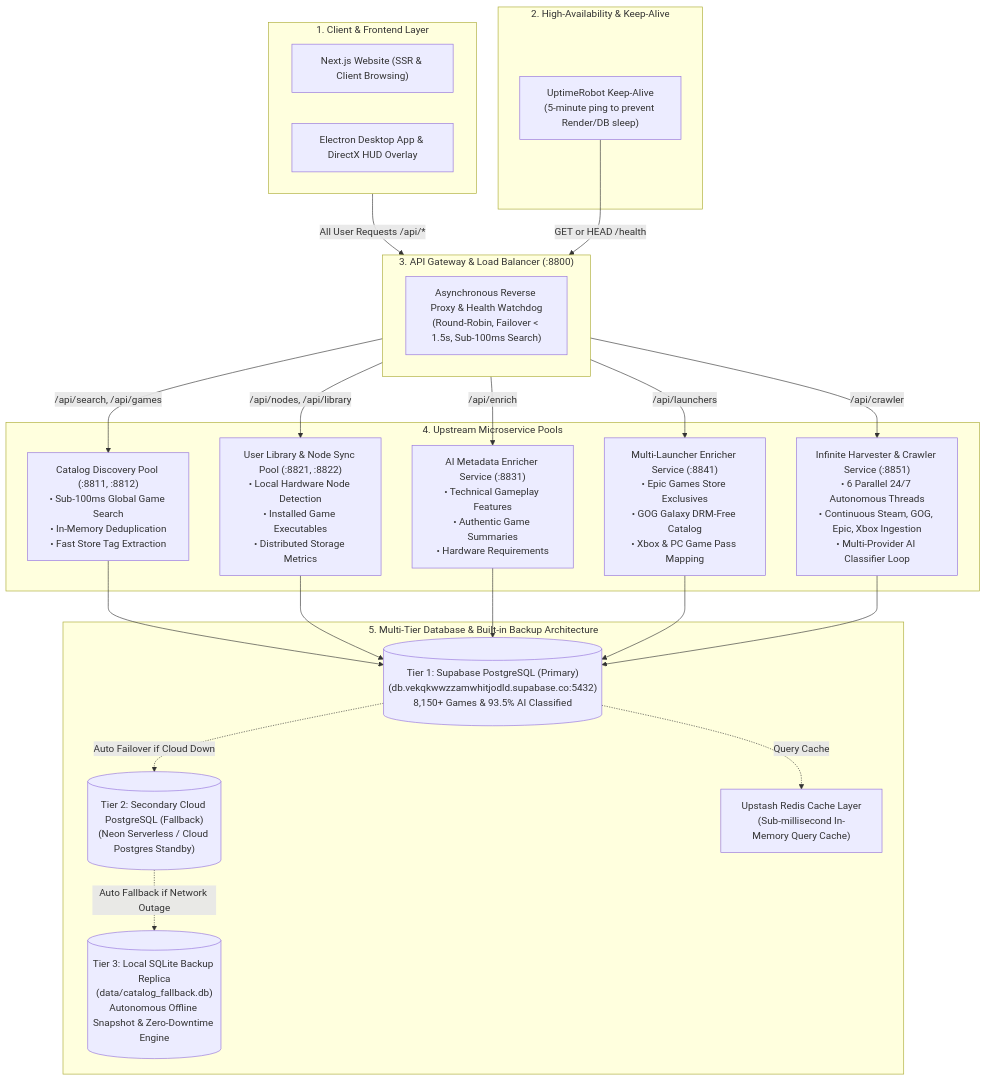
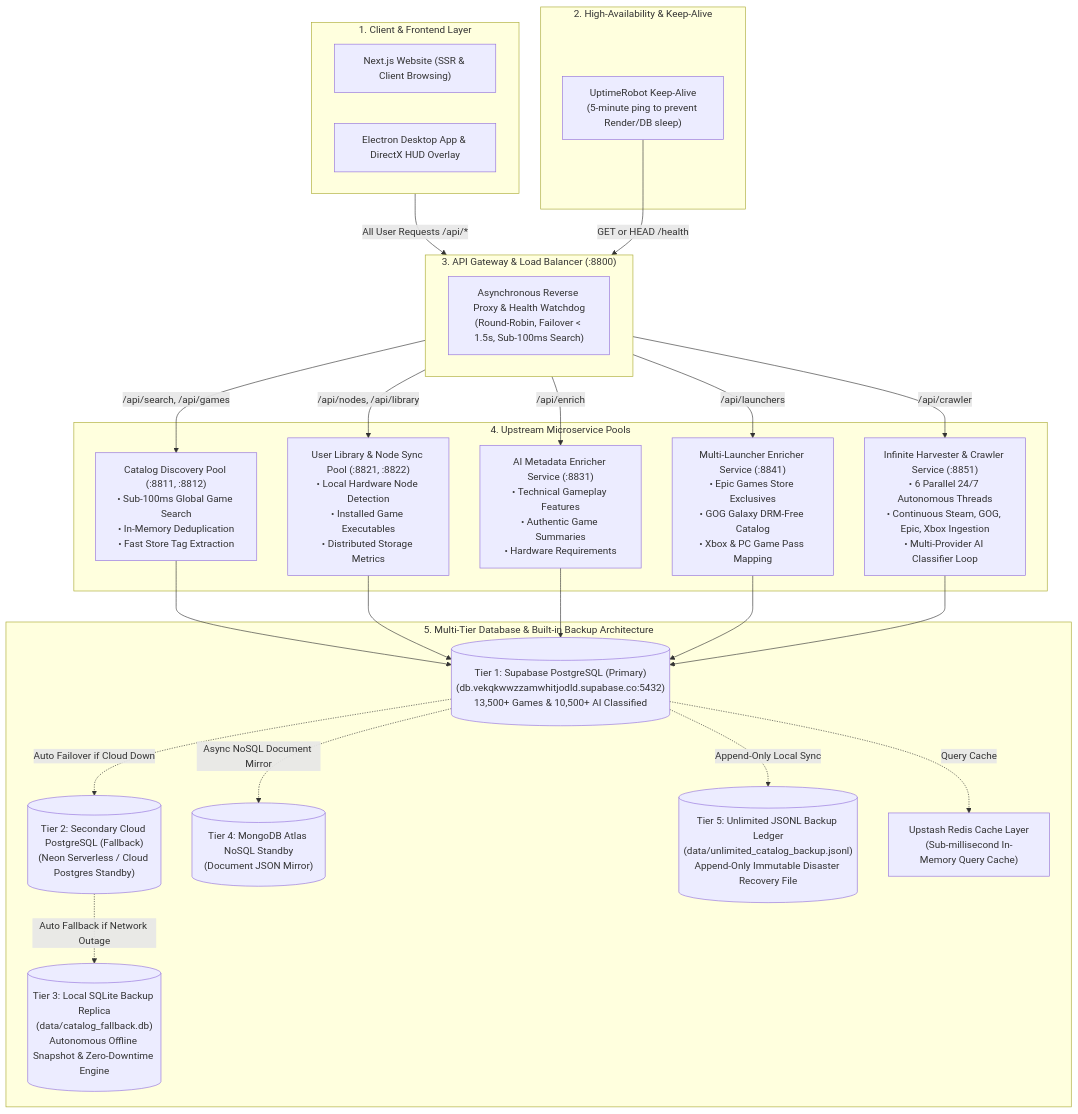
The diagram in Gaming/docs/ARCHITECTURE_AND_FIXES.md (arnab825/Mission-Control), drawn with Mermaid before and after one commit. The commit also changed 2 other files, not shown here.

Commit message:
feat: implement multi-tier database fallback system and architecture documentation for distributed gaming services

````diff
--- a/Gaming/docs/ARCHITECTURE_AND_FIXES.md
+++ b/Gaming/docs/ARCHITECTURE_AND_FIXES.md
@@ -9,43 +9,47 @@
 ```mermaid
 flowchart TD
     subgraph ClientLayer [" 1. Client & Frontend Layer"]
         W[" Next.js Website (SSR & Client Browsing)"]
         D[" Electron Desktop App & DirectX HUD Overlay"]
     end
 
     subgraph MonitoringLayer [" 2. High-Availability & Keep-Alive"]
         UR[" UptimeRobot Keep-Alive\n(5-minute ping to prevent Render/DB sleep)"]
     end
 
     subgraph GatewayLayer [" 3. API Gateway & Load Balancer (:8800)"]
         LB["Asynchronous Reverse Proxy & Health Watchdog\n(Round-Robin, Failover < 1.5s, Sub-100ms Search)"]
     end
 
     subgraph ServicePools [" 4. Upstream Microservice Pools"]
         P1[" Catalog Discovery Pool (:8811, :8812)\n• Sub-100ms Global Game Search\n• In-Memory Deduplication\n• Fast Store Tag Extraction"]
         P2[" User Library & Node Sync Pool (:8821, :8822)\n• Local Hardware Node Detection\n• Installed Game Executables\n• Distributed Storage Metrics"]
         P3[" AI Metadata Enricher Service (:8831)\n• Technical Gameplay Features\n• Authentic Game Summaries\n• Hardware Requirements"]
         P4[" Multi-Launcher Enricher Service (:8841)\n• Epic Games Store Exclusives\n• GOG Galaxy DRM-Free Catalog\n• Xbox & PC Game Pass Mapping"]
         P5[" Infinite Harvester & Crawler Service (:8851)\n• 6 Parallel 24/7 Autonomous Threads\n• Continuous Steam, GOG, Epic, Xbox Ingestion\n• Multi-Provider AI Classifier Loop"]
     end
 
     subgraph DatabaseTier [" 5. Multi-Tier Database & Built-in Backup Architecture"]
-        T1[(" Tier 1: Supabase PostgreSQL (Primary)\n(db.vekqkwwzzamwhitjodld.supabase.co:5432)\n8,150+ Games & 93.5% AI Classified")]
+        T1[(" Tier 1: Supabase PostgreSQL (Primary)\n(db.vekqkwwzzamwhitjodld.supabase.co:5432)\n13,500+ Games & 10,500+ AI Classified")]
         T2[(" Tier 2: Secondary Cloud PostgreSQL (Fallback)\n(Neon Serverless / Cloud Postgres Standby)")]
         T3[(" Tier 3: Local SQLite Backup Replica\n(data/catalog_fallback.db)\nAutonomous Offline Snapshot & Zero-Downtime Engine")]
+        T4[(" Tier 4: MongoDB Atlas NoSQL Standby\n(Document JSON Mirror)")]
+        T5[(" Tier 5: Unlimited JSONL Backup Ledger\n(data/unlimited_catalog_backup.jsonl)\nAppend-Only Immutable Disaster Recovery File")]
         R[" Upstash Redis Cache Layer\n(Sub-millisecond In-Memory Query Cache)"]
     end
 
     ClientLayer -->|All User Requests /api/*| GatewayLayer
     UR -->|GET or HEAD /health| GatewayLayer
     GatewayLayer -->|/api/search, /api/games| P1
     GatewayLayer -->|/api/nodes, /api/library| P2
     GatewayLayer -->|/api/enrich| P3
     GatewayLayer -->|/api/launchers| P4
     GatewayLayer -->|/api/crawler| P5
 
     P1 & P2 & P3 & P4 & P5 --> T1
     T1 -.->|Auto Failover if Cloud Down| T2
     T2 -.->|Auto Fallback if Network Outage| T3
+    T1 -.->|Async NoSQL Document Mirror| T4
+    T1 -.->|Append-Only Local Sync| T5
     T1 -.->|Query Cache| R
 ```
````
